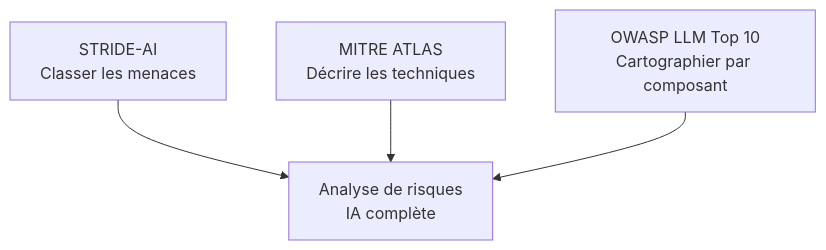
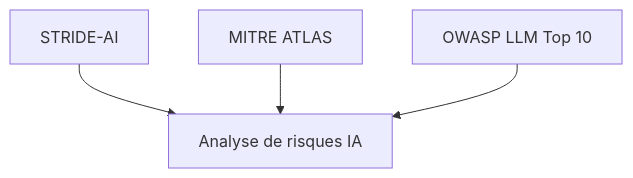
The second of 2 diagrams in _posts/2026-06-27-stride-ai-security.md (anjwalid/BLog-writeup-), drawn with Mermaid before and after one commit.

Commit message:
fix(post): simplify mermaid TD diagram - remove br/ tags that break mermaid v11
Mermaid v11.4.0 (used by Chirpy 7.3.1) fails to parse <br/> in node labels
and falls back to showing raw source code. Use plain short labels instead.

````diff
--- a/_posts/2026-06-27-stride-ai-security.md
+++ b/_posts/2026-06-27-stride-ai-security.md
@@ -225,6 +225,6 @@
 ```mermaid
 flowchart TD
-    A["STRIDE-AI<br/>Classer les menaces"] --> D["Analyse de risques<br/>IA complète"]
-    B["MITRE ATLAS<br/>Décrire les techniques"] --> D
-    C["OWASP LLM Top 10<br/>Cartographier par composant"] --> D
+    A[STRIDE-AI] --> D[Analyse de risques IA]
+    B[MITRE ATLAS] --> D
+    C[OWASP LLM Top 10] --> D
 ```
````
